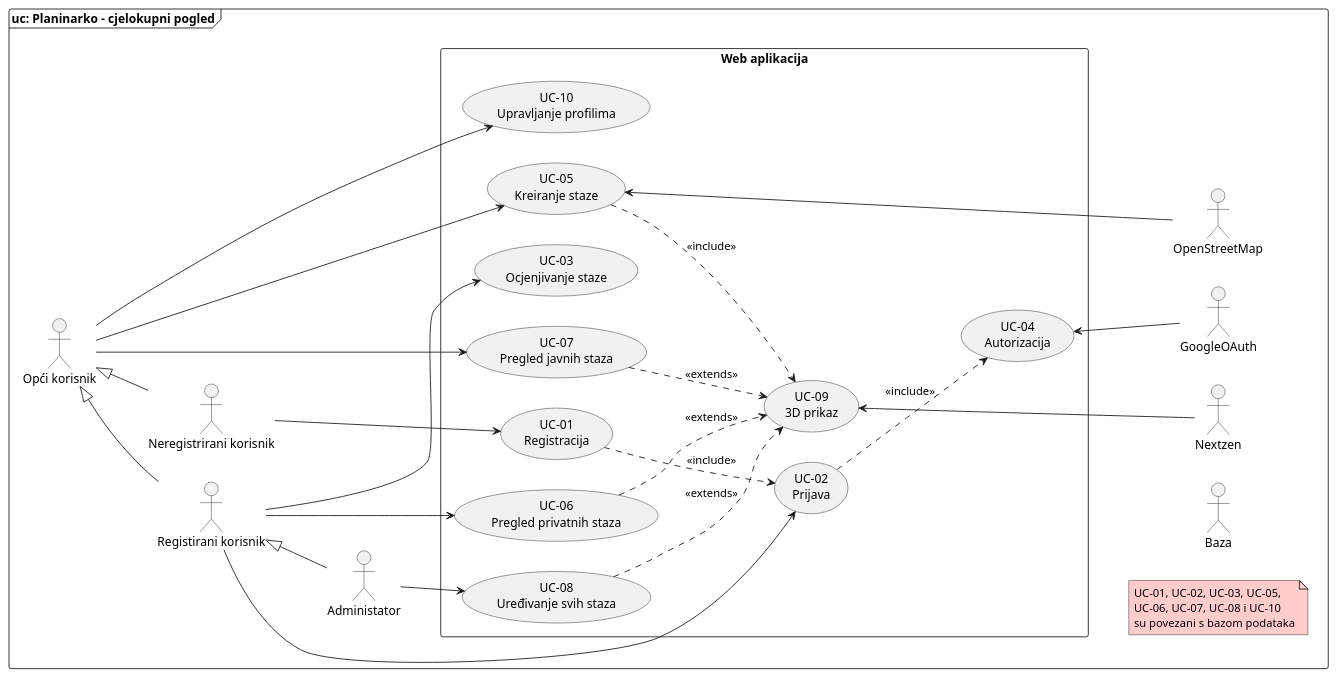
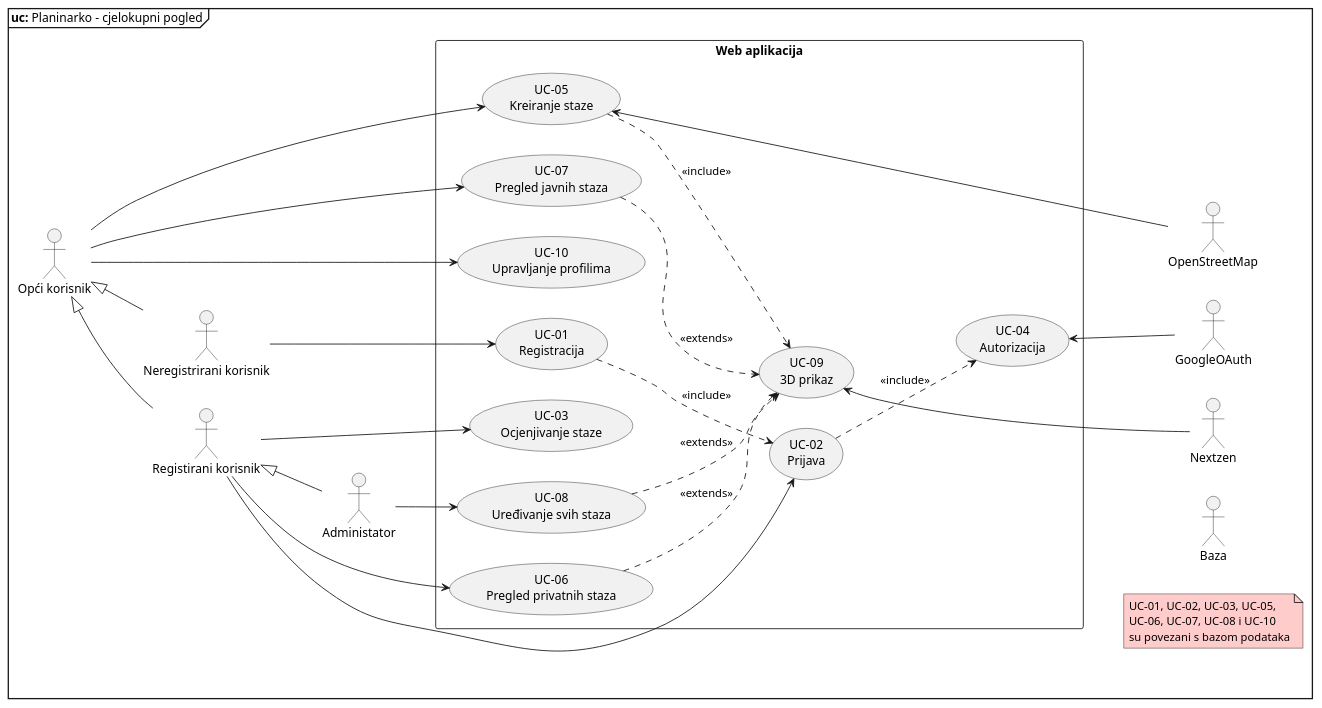
The diagram in docs/diagrams/do1.wsd (Vito510/progi-projekt), drawn with PlantUML before and after one commit. The commit also changed other lines of this file and 11 other files, not shown here.

Commit message:
frame zamijenjen s mainframe

```diff
--- a/docs/diagrams/do1.wsd
+++ b/docs/diagrams/do1.wsd
@@ -1,70 +1,69 @@
 @startuml opciDijagram
 left to right direction
 
-frame "uc: Planinarko - cjelokupni pogled" {
-  skinparam packageStyle rectangle
-  actor "Opći korisnik" as A2
-  together{
-    actor "Registirani korisnik" as A5
-    actor "Neregistrirani korisnik" as A1
-  }
-  actor "Administator" as A4
-  rectangle "Web aplikacija" {
-    usecase "UC-01\nRegistracija" as UC01
-    usecase "UC-02\nPrijava" as UC02
-    usecase "UC-03\nOcjenjivanje staze" as UC03
-    usecase "UC-04\nAutorizacija" as UC04
-    usecase "UC-05\nKreiranje staze" as UC05
-    usecase "UC-06\nPregled privatnih staza" as UC06
-    usecase "UC-07\nPregled javnih staza" as UC07
-    usecase "UC-08\nUređivanje svih staza" as UC08
-    usecase "UC-09\n3D prikaz" as UC09
-    usecase "UC-10\nUpravljanje profilima" as UC10
-  }
-  together{
-    actor "GoogleOAuth" as A3
-    actor "OpenStreetMap" as AM
-    actor "Nextzen" as AN
-    actor "Baza" as AB
-    note as N1 #FFCCCC
-      UC-01, UC-02, UC-03, UC-05,
-      UC-06, UC-07, UC-08 i UC-10
-      su povezani s bazom podataka
-    end note
-  }
+mainframe **uc:** Planinarko - cjelokupni pogled
+
+actor "Opći korisnik" as A2
+together{
+  actor "Registirani korisnik" as A5
+  actor "Neregistrirani korisnik" as A1
+}
+actor "Administator" as A4
+rectangle "Web aplikacija" {
+  usecase "UC-01\nRegistracija" as UC01
+  usecase "UC-02\nPrijava" as UC02
+  usecase "UC-03\nOcjenjivanje staze" as UC03
+  usecase "UC-04\nAutorizacija" as UC04
+  usecase "UC-05\nKreiranje staze" as UC05
+  usecase "UC-06\nPregled privatnih staza" as UC06
+  usecase "UC-07\nPregled javnih staza" as UC07
+  usecase "UC-08\nUređivanje svih staza" as UC08
+  usecase "UC-09\n3D prikaz" as UC09
+  usecase "UC-10\nUpravljanje profilima" as UC10
+}
+together{
+  actor "GoogleOAuth" as A3
+  actor "OpenStreetMap" as AM
+  actor "Nextzen" as AN
+  actor "Baza" as AB
+  note as N1 #FFCCCC
+    UC-01, UC-02, UC-03, UC-05,
+    UC-06, UC-07, UC-08 i UC-10
+    su povezani s bazom podataka
+  end note
+}
   
-  A1 --> UC01
+A1 --> UC01
 
-  UC04 <-- A3
-  UC02 ..> UC04 : <<include>>
-  UC01 ..> UC02 : <<include>>
+UC04 <-- A3
+UC02 ..> UC04 : <<include>>
+UC01 ..> UC02 : <<include>>
 
-  UC09 <-- AN
-  UC05 ..> UC09 : <<include>>
-  UC06 ..> UC09 : <<extends>>
-  UC07 ..> UC09 : <<extends>>
-  UC08 ..> UC09 : <<extends>>
+UC09 <-- AN
+UC05 ..> UC09 : <<include>>
+UC06 ..> UC09 : <<extends>>
+UC07 ..> UC09 : <<extends>>
+UC08 ..> UC09 : <<extends>>
 
-  UC05 <-- AM
+UC05 <-- AM
 
-  ' nasljedivanje
-  A5 <|-- A4
-  A2 <|-- A5
-  A2 <|-- A1
+' nasljedivanje
+A5 <|-- A4
+A2 <|-- A5
+A2 <|-- A1
 
-  A2 --> UC05
-  A2 --> UC10
+A2 --> UC05
+A2 --> UC10
 
-  A5 --> UC03
-  A5 --> UC02
+A5 --> UC03
+A5 --> UC02
 
-  A2 --> UC07
-  A4 --> UC08
+A2 --> UC07
+A4 --> UC08
 
-  A5 --> UC06
+A5 --> UC06
 
-  ' hackovi za ljepsi dijagram
-  UC03 <-[hidden]- AM
-}
+' hackovi za ljepsi dijagram
+UC03 <-[hidden]- AM
 
 @enduml
```
